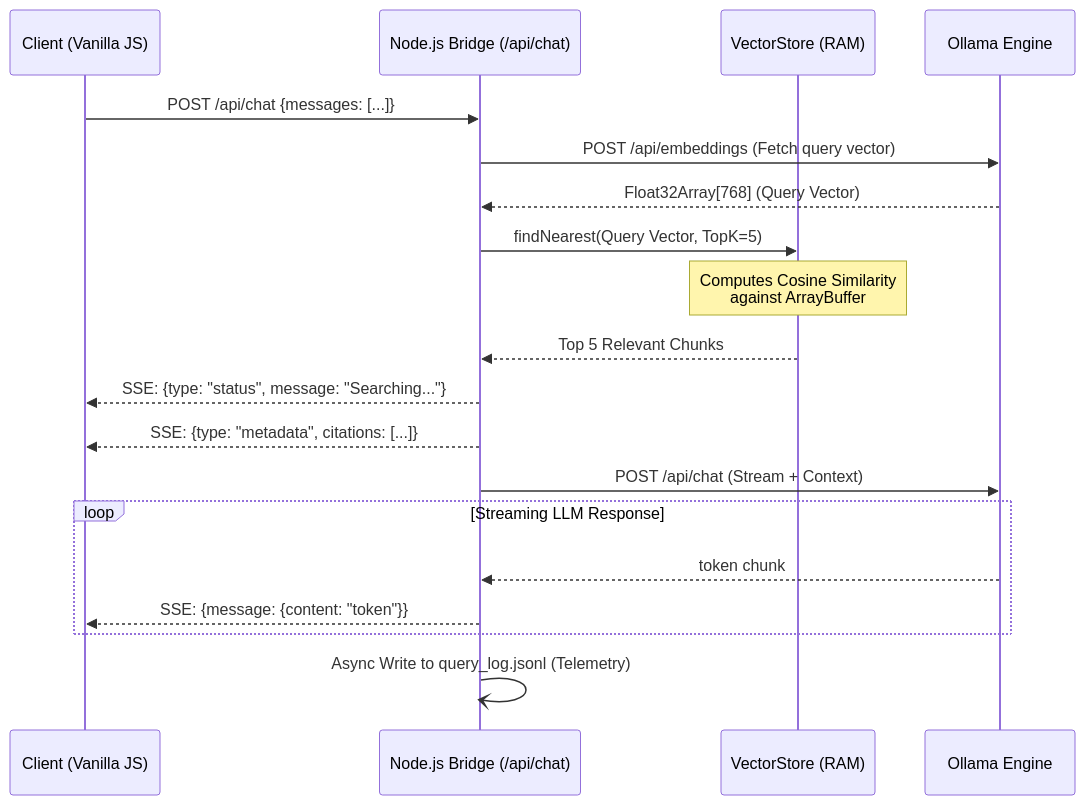
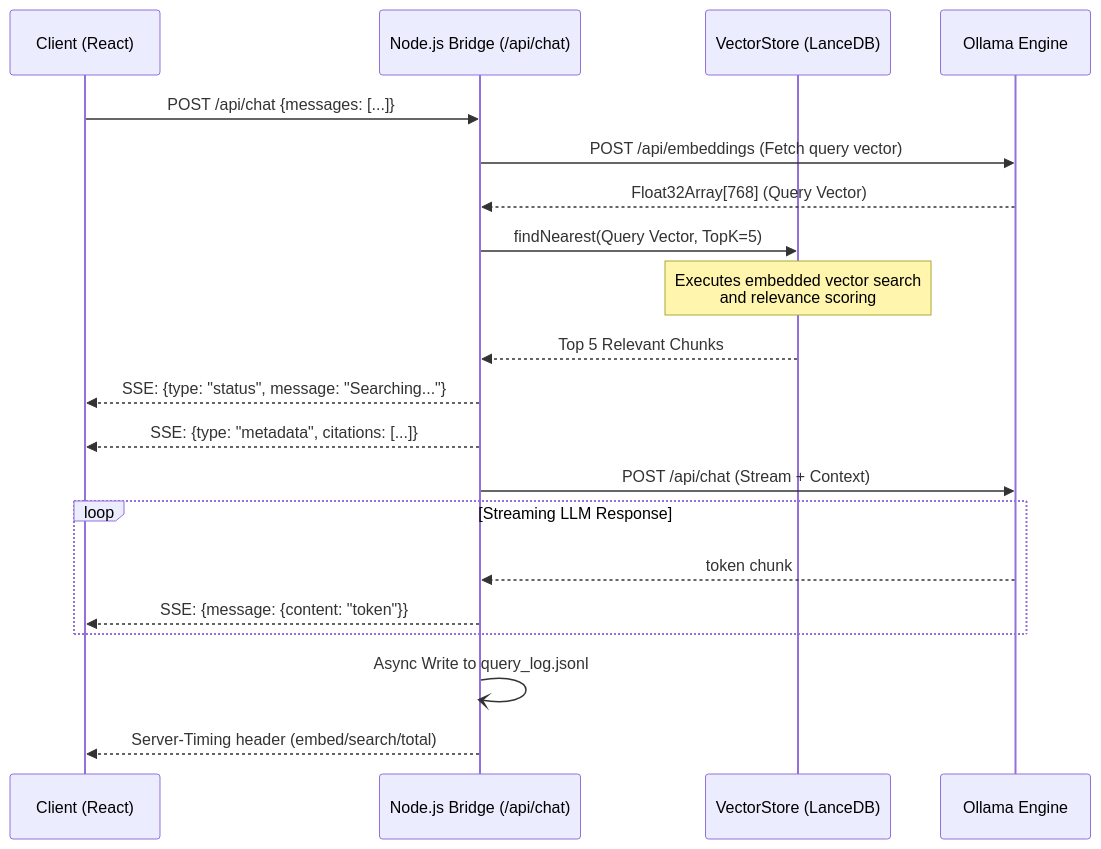
Before and after one commit to nhlutterodt/Lightweight-Local-Rag: the first of 2 diagrams in docs/Architecture_Design.md, drawn with Mermaid. The commit also changed other lines of this file and 49 other files, not shown here.

````diff
--- a/docs/Architecture_Design.md
+++ b/docs/Architecture_Design.md
@@ -57,27 +72,28 @@
 ```mermaid
 sequenceDiagram
-    participant UI as Client (Vanilla JS)
+    participant UI as Client (React)
     participant Node as Node.js Bridge (/api/chat)
-    participant VStore as VectorStore (RAM)
+    participant VStore as VectorStore (LanceDB)
     participant Ollama as Ollama Engine
 
     UI->>Node: POST /api/chat {messages: [...]}
     Node->>Ollama: POST /api/embeddings (Fetch query vector)
     Ollama-->>Node: Float32Array[768] (Query Vector)
 
     Node->>VStore: findNearest(Query Vector, TopK=5)
-    Note over VStore: Computes Cosine Similarity<br/>against ArrayBuffer
+    Note over VStore: Executes embedded vector search<br/>and relevance scoring
     VStore-->>Node: Top 5 Relevant Chunks
 
     Node-->>UI: SSE: {type: "status", message: "Searching..."}
     Node-->>UI: SSE: {type: "metadata", citations: [...]}
 
     Node->>Ollama: POST /api/chat (Stream + Context)
 
     loop Streaming LLM Response
         Ollama-->>Node: token chunk
         Node-->>UI: SSE: {message: {content: "token"}}
     end
 
-    Node-)Node: Async Write to query_log.jsonl (Telemetry)
+    Node-)Node: Async Write to query_log.jsonl
+    Node-->>UI: Server-Timing header (embed/search/total)
 ```
````
